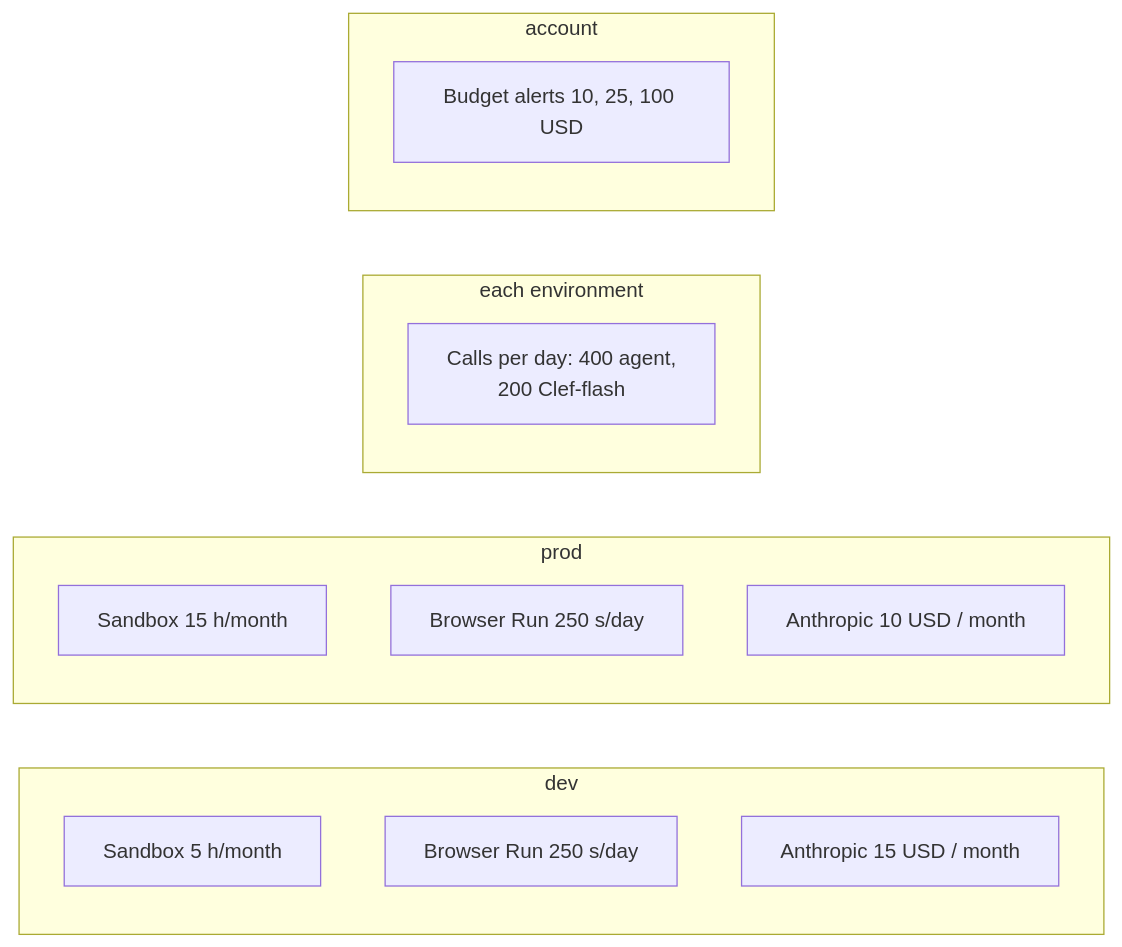
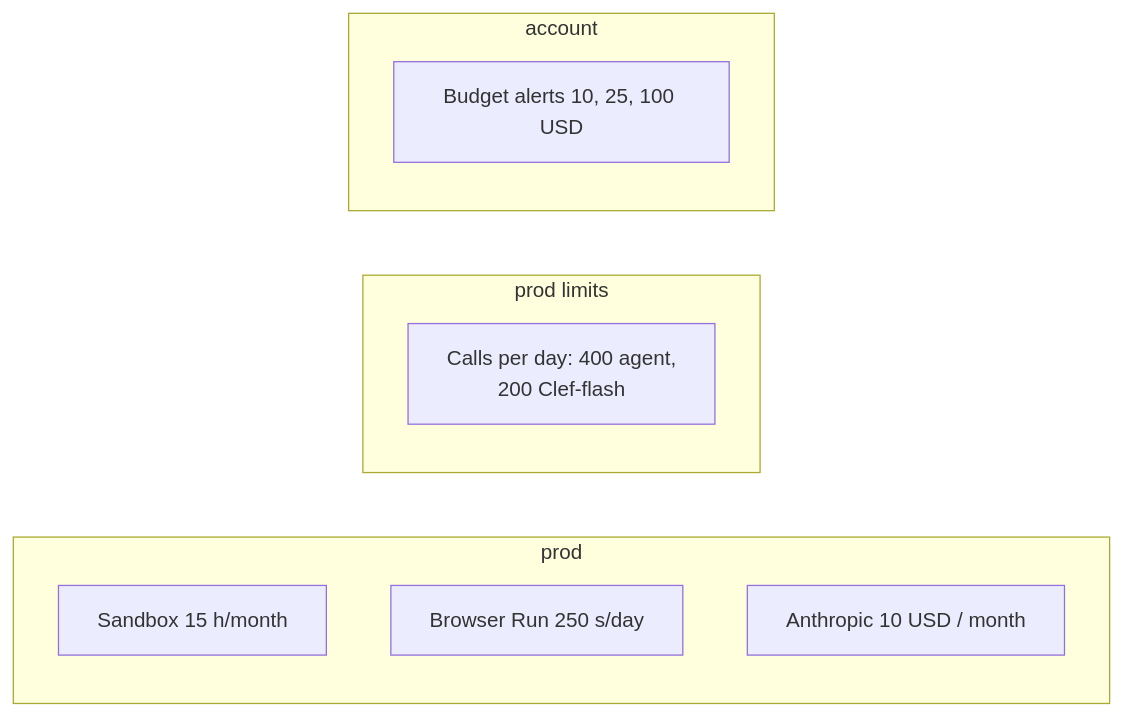
Before and after one commit to nsudhanva/rhumbatron: the second of 2 diagrams in docs/operations/costs.md, drawn with Mermaid. The commit also changed other lines of this file and 20 other files, not shown here.

Commit message:
docs(docs): describe prod as the only remote environment

````diff
--- a/docs/operations/costs.md
+++ b/docs/operations/costs.md
@@ -46,19 +46,14 @@
 ```mermaid
 flowchart LR
-  subgraph dev[dev]
-    ds[Sandbox 5 h/month]
-    db[Browser Run 250 s/day]
-    dv[Anthropic 15 USD / month]
-  end
   subgraph prod[prod]
     ps[Sandbox 15 h/month]
     pb[Browser Run 250 s/day]
     pv[Anthropic 10 USD / month]
   end
-  subgraph each[each environment]
+  subgraph each[prod limits]
     ac[Calls per day: 400 agent,<br/>200 Clef-flash]
   end
   subgraph account[account]
     ab[Budget alerts 10, 25, 100 USD]
   end
 ```
````
